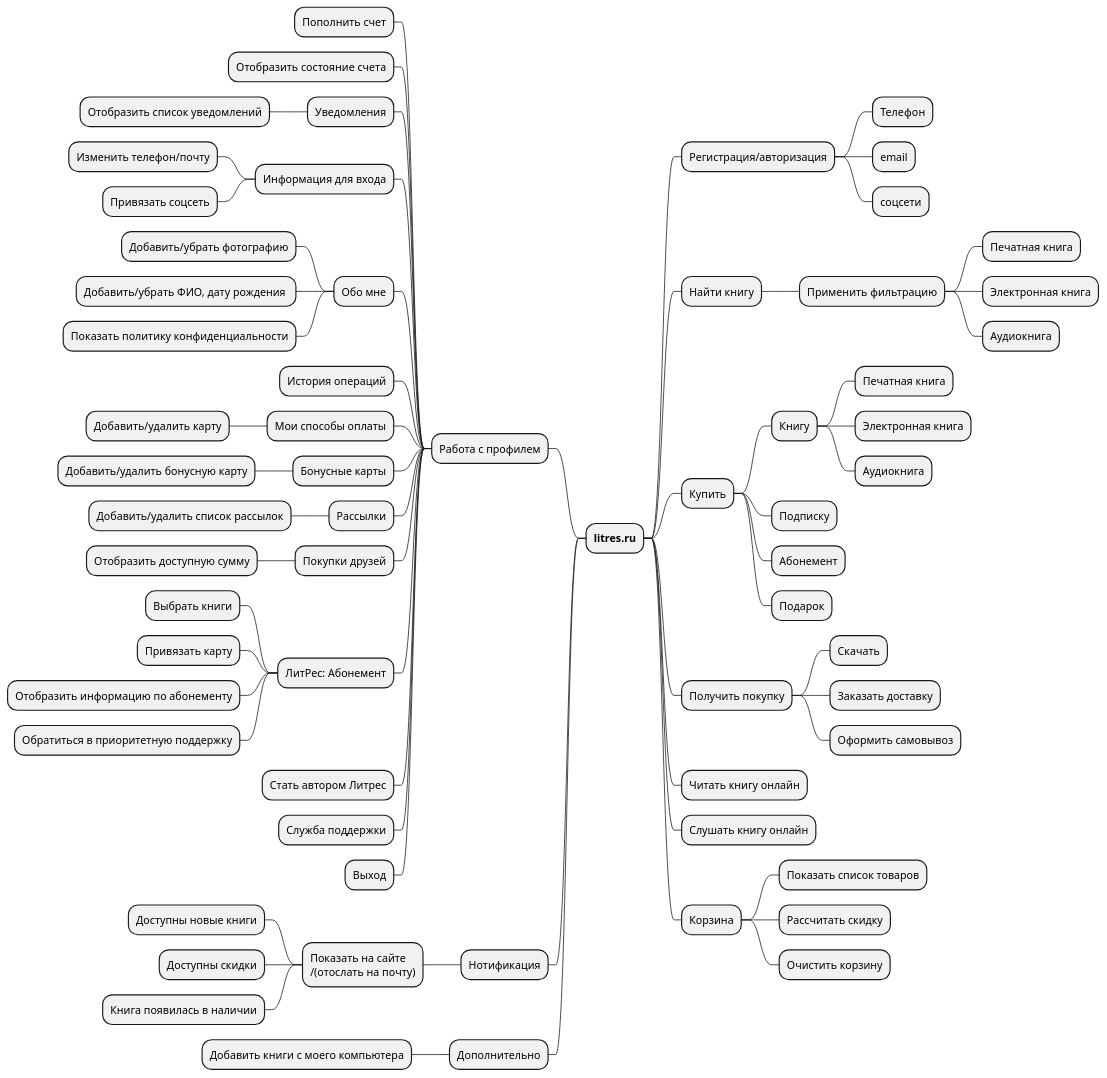
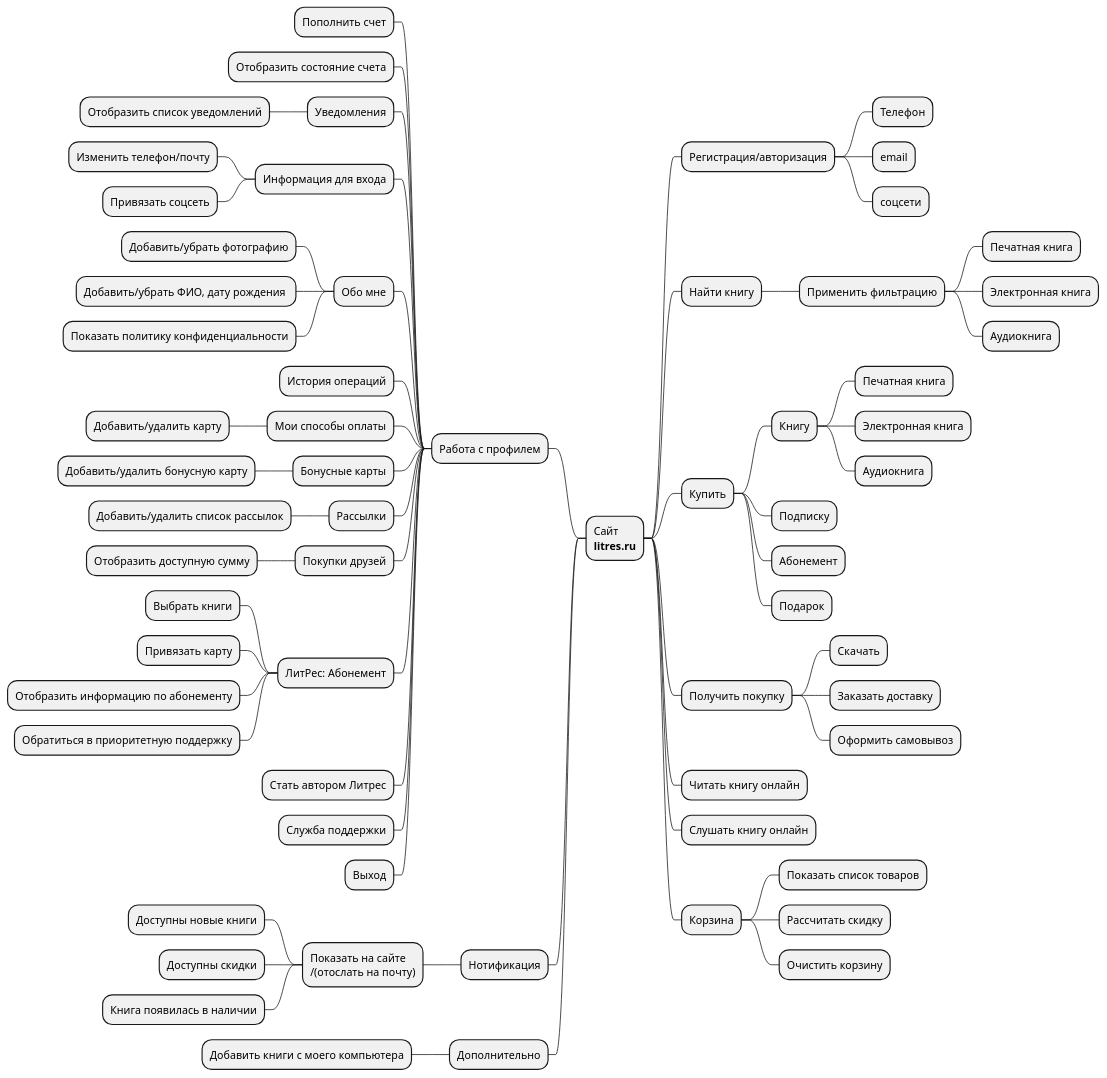
Before and after one commit to zatochi/qa_2023_class_3_hw_2: the diagram in minmap.puml, drawn with PlantUML.

Commit message:
Auto commit 2023-07-22 13:15:31+03:00

```diff
--- a/minmap.puml
+++ b/minmap.puml
@@ -1,77 +1,77 @@
 @startmindmap
 
-+ **litres.ru**
++ Сайт\n**litres.ru**
 
 ++ Регистрация/авторизация
 +++ Телефон
 +++ email
 +++ соцсети
 
 ++ Найти книгу
 +++ Применить фильтрацию
 ++++ Печатная книга
 ++++ Электронная книга
 ++++ Аудиокнига
 
 ++ Купить
 +++ Книгу
 ++++ Печатная книга
 ++++ Электронная книга
 ++++ Аудиокнига
 +++ Подписку
 +++ Абонемент
 +++ Подарок
 
 ++ Получить покупку
 +++ Скачать
 +++ Заказать доставку
 +++ Оформить самовывоз
 
 ++ Читать книгу онлайн
 ++ Слушать книгу онлайн
 
 ++ Корзина
 +++ Показать список товаров
 +++ Рассчитать скидку
 +++ Очистить корзину
 
 -- Работа с профилем
 --- Пополнить счет
 --- Отобразить состояние счета
 --- Уведомления
 ---- Отобразить список уведомлений
 --- Информация для входа
 ---- Изменить телефон/почту
 ---- Привязать соцсеть
 --- Обо мне
 ---- Добавить/убрать фотографию
 ---- Добавить/убрать ФИО, дату рождения 
 ---- Показать политику конфиденциальности
 --- История операций
 --- Мои способы оплаты
 ---- Добавить/удалить карту
 --- Бонусные карты
 ---- Добавить/удалить бонусную карту
 --- Рассылки
 ---- Добавить/удалить список рассылок
 --- Покупки друзей
 ---- Отобразить доступную сумму
 --- ЛитРес: Абонемент
 ---- Выбрать книги
 ---- Привязать карту
 ---- Отобразить информацию по абонементу
 ---- Обратиться в приоритетную поддержку
 --- Стать автором Литрес
 --- Служба поддержки
 --- Выход
 
 -- Нотификация
 --- Показать на сайте\n/(отослать на почту)
 ---- Доступны новые книги
 ---- Доступны скидки
 ---- Книга появилась в наличии
 
 -- Дополнительно
 --- Добавить книги с моего компьютера
 
 @endmindmap
```
